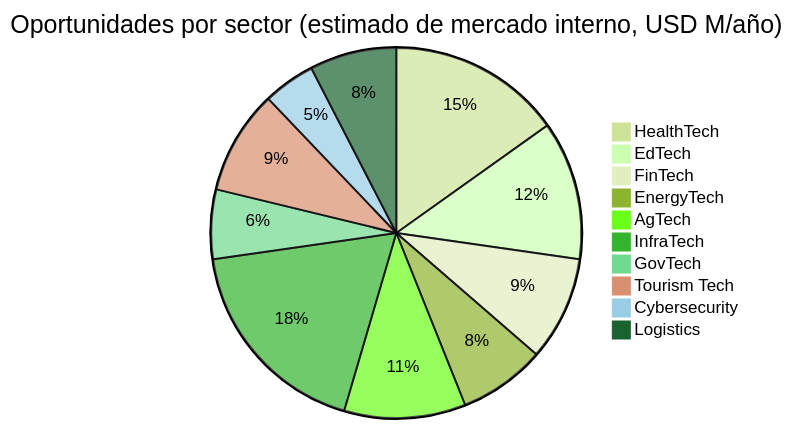
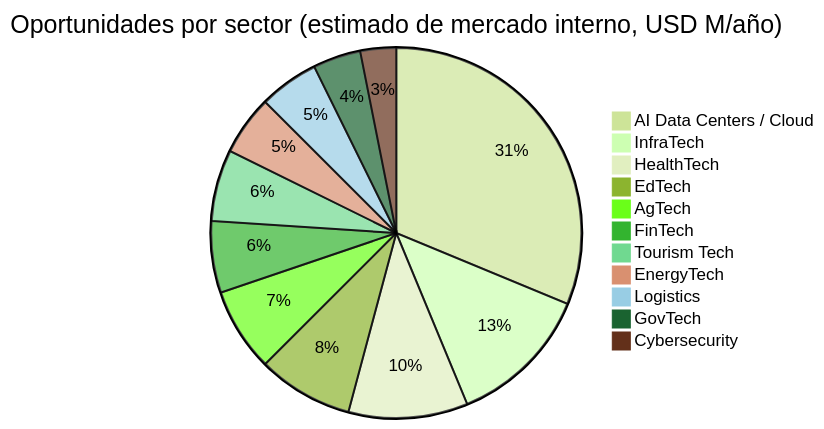
One commit to Venezuela-S-A/venezuela-sa changed the first of 2 diagrams in docs/05-transformacion/oportunidades-negocio.md. Above: the diagram before and after it, drawn with Mermaid (forest theme). The commit also changed other lines of this file and 127 other files, not shown here.

````diff
--- a/docs/05-transformacion/oportunidades-negocio.md
+++ b/docs/05-transformacion/oportunidades-negocio.md
@@ -203,13 +238,14 @@
 ```mermaid
 pie title Oportunidades por sector (estimado de mercado interno, USD M/año)
+    "AI Data Centers / Cloud" : 1500
+    "InfraTech" : 600
     "HealthTech" : 500
     "EdTech" : 400
+    "AgTech" : 350
     "FinTech" : 300
+    "Tourism Tech" : 300
     "EnergyTech" : 250
-    "AgTech" : 350
-    "InfraTech" : 600
+    "Logistics" : 250
     "GovTech" : 200
-    "Tourism Tech" : 300
     "Cybersecurity" : 150
-    "Logistics" : 250
 ```
````
